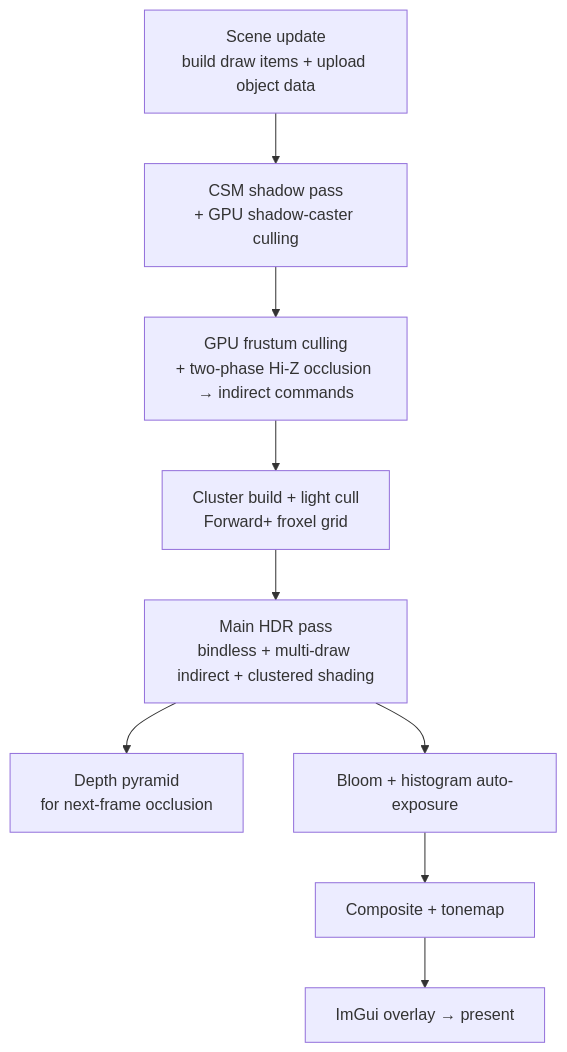
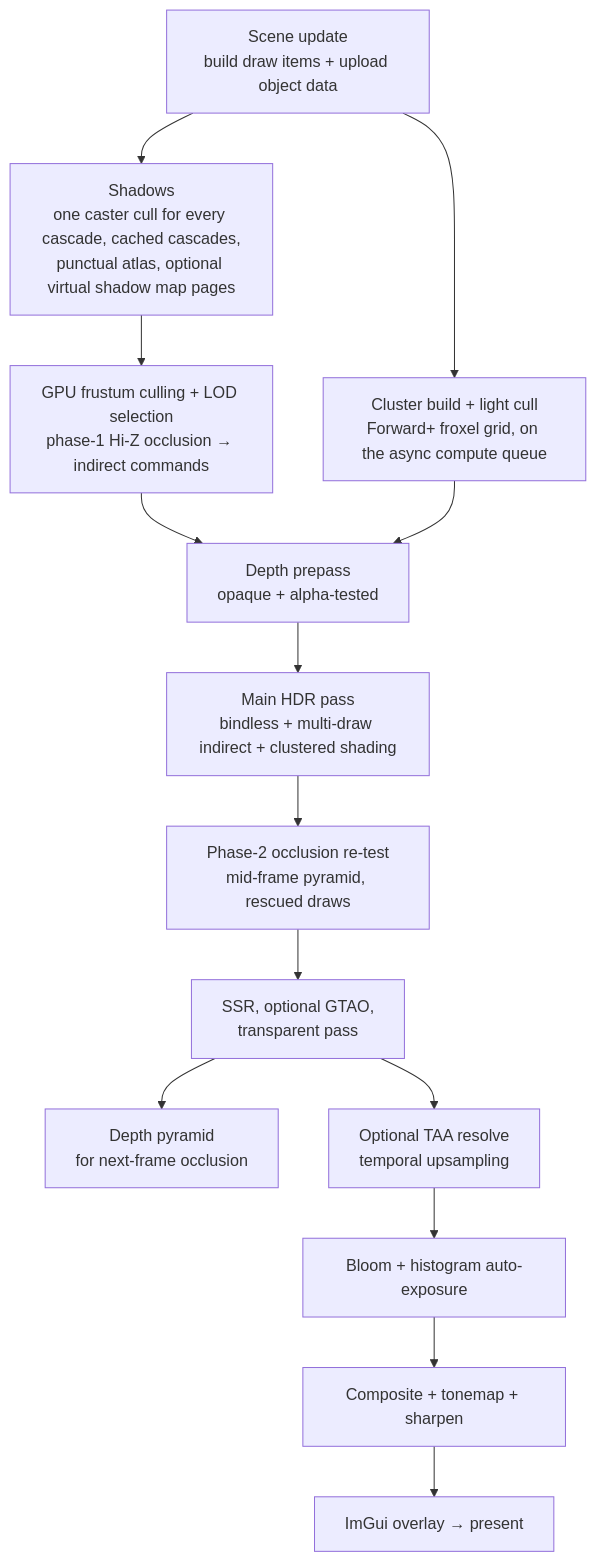
One commit to ZihanWG/VulkanEngine changed the diagram in README.md. Above: the diagram before and after it, drawn with Mermaid. The commit also changed other lines of this file and 20 other files, not shown here.

````diff
--- a/README.md
+++ b/README.md
@@ -36,11 +36,16 @@
 ```mermaid
 flowchart TD
-    A[Scene update<br/>build draw items + upload object data] --> B[CSM shadow pass<br/>+ GPU shadow-caster culling]
-    B --> C[GPU frustum culling<br/>+ two-phase Hi-Z occlusion → indirect commands]
-    C --> D[Cluster build + light cull<br/>Forward+ froxel grid]
-    D --> E[Main HDR pass<br/>bindless + multi-draw indirect + clustered shading]
-    E --> F[Depth pyramid<br/>for next-frame occlusion]
-    E --> G[Bloom + histogram auto-exposure]
-    G --> H[Composite + tonemap]
+    A[Scene update<br/>build draw items + upload object data] --> B[Shadows<br/>one caster cull for every cascade, cached cascades,<br/>punctual atlas, optional virtual shadow map pages]
+    A --> D[Cluster build + light cull<br/>Forward+ froxel grid, on the async compute queue]
+    B --> C[GPU frustum culling + LOD selection<br/>phase-1 Hi-Z occlusion → indirect commands]
+    C --> P[Depth prepass<br/>opaque + alpha-tested]
+    D --> P
+    P --> E[Main HDR pass<br/>bindless + multi-draw indirect + clustered shading]
+    E --> R[Phase-2 occlusion re-test<br/>mid-frame pyramid, rescued draws]
+    R --> S[SSR, optional GTAO,<br/>transparent pass]
+    S --> F[Depth pyramid<br/>for next-frame occlusion]
+    S --> T[Optional TAA resolve<br/>temporal upsampling]
+    T --> G[Bloom + histogram auto-exposure]
+    G --> H[Composite + tonemap + sharpen]
     H --> I[ImGui overlay → present]
 ```
````
